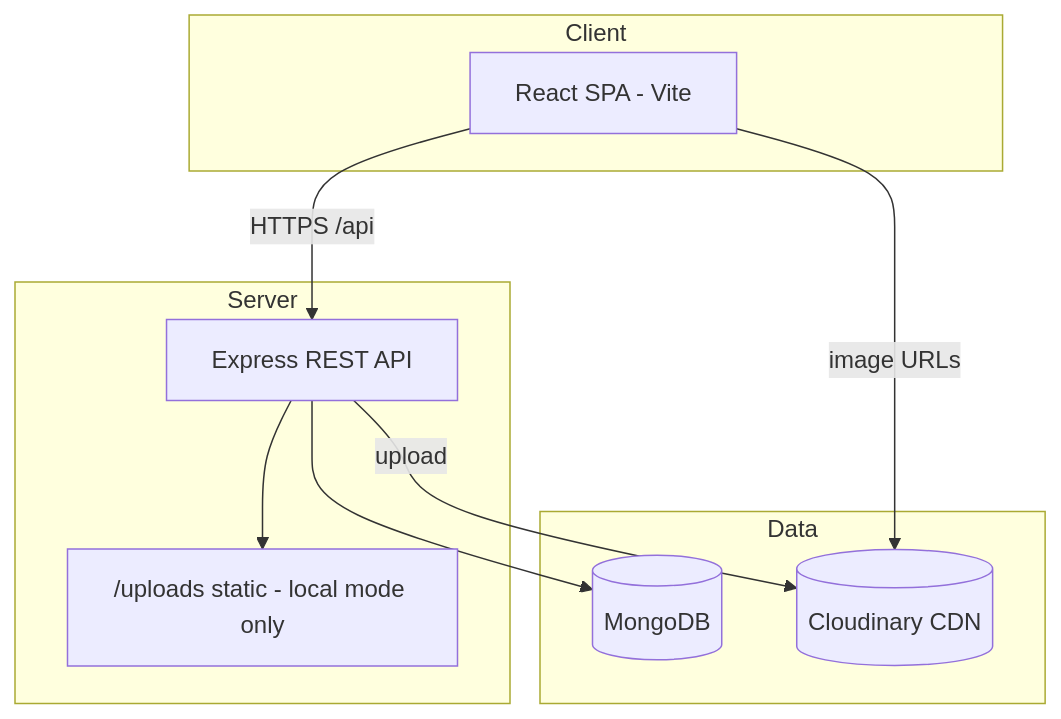
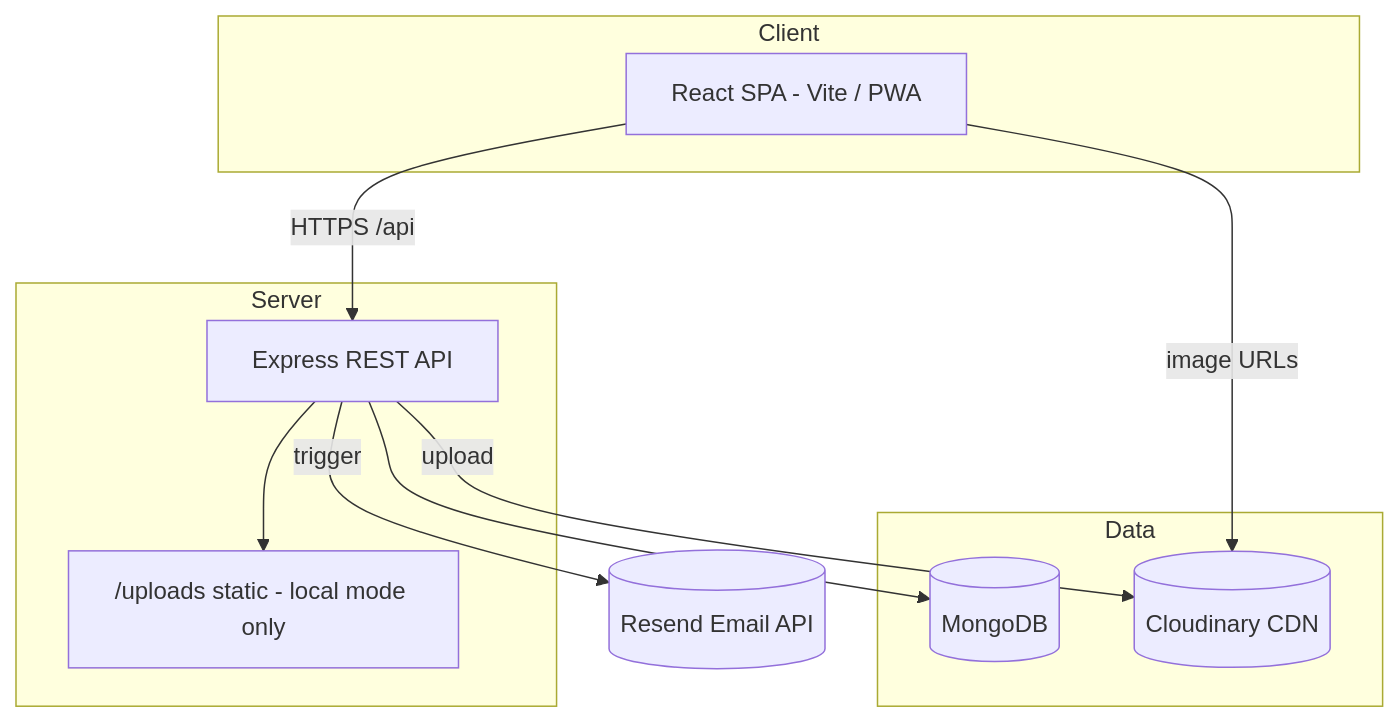
The first of 4 diagrams in docs/07-interview-guide.md (Pratham2411/nit_patna_market), drawn with Mermaid before and after one commit. The commit also changed other lines of this file and 6 other files, not shown here.

````diff
--- a/docs/07-interview-guide.md
+++ b/docs/07-interview-guide.md
@@ -120,19 +123,20 @@
 ```mermaid
 flowchart TB
   subgraph Client
-    SPA[React SPA - Vite]
+    SPA[React SPA - Vite / PWA]
   end
   subgraph Server
     API[Express REST API]
     Static["/uploads static - local mode only"]
   end
   subgraph Data
     MONGO[(MongoDB)]
     CDN[(Cloudinary CDN)]
   end
   SPA -->|HTTPS /api| API
   SPA -->|image URLs| CDN
   API --> MONGO
   API -->|upload| CDN
   API --> Static
+  API -->|trigger| Resend[(Resend Email API)]
 ```
````
